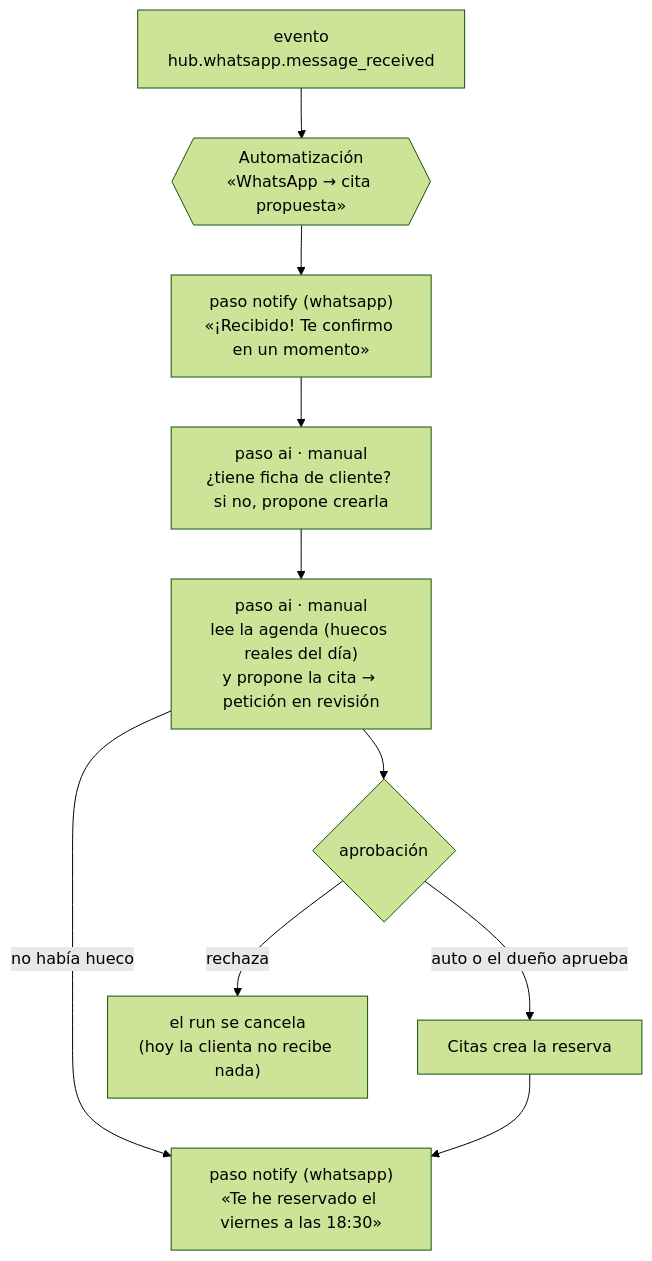
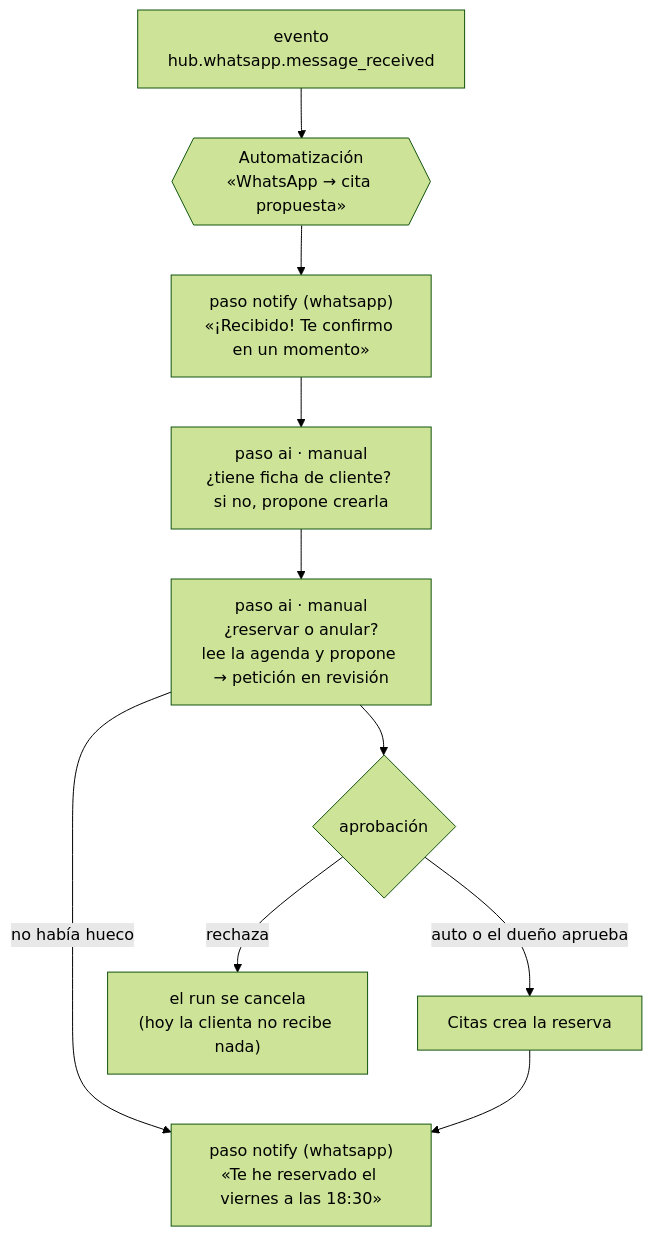
Before and after one commit to ERPlora/whatsapp_inbox: the fourth of 6 diagrams in docs/como-funciona.md, drawn with Mermaid (forest theme). The commit also changed 6 other files, not shown here.

First line of the commit message:
Anular la cita por WhatsApp: la automatización deja de saber solo reservar (#61) (#75)

````diff
--- a/docs/como-funciona.md
+++ b/docs/como-funciona.md
@@ -129,12 +129,12 @@
 ```mermaid
 flowchart TD
     E["evento<br/>hub.whatsapp.message_received"] --> T{{"Automatización<br/>«WhatsApp → cita propuesta»"}}
     T --> N1["paso notify (whatsapp)<br/>«¡Recibido! Te confirmo en un momento»"]
     N1 --> A1["paso ai · manual<br/>¿tiene ficha de cliente? si no, propone crearla"]
-    A1 --> A2["paso ai · manual<br/>lee la agenda (huecos reales del día)<br/>y propone la cita → petición en revisión"]
+    A1 --> A2["paso ai · manual<br/>¿reservar o anular?<br/>lee la agenda y propone → petición en revisión"]
     A2 --> AP{"aprobación"}
     A2 -- "no había hueco" --> N2
     AP -- "auto o el dueño aprueba" --> R["Citas crea la reserva"]
     R --> N2["paso notify (whatsapp)<br/>«Te he reservado el viernes a las 18:30»"]
     AP -- "rechaza" --> X["el run se cancela<br/>(hoy la clienta no recibe nada)"]
 ```
````
